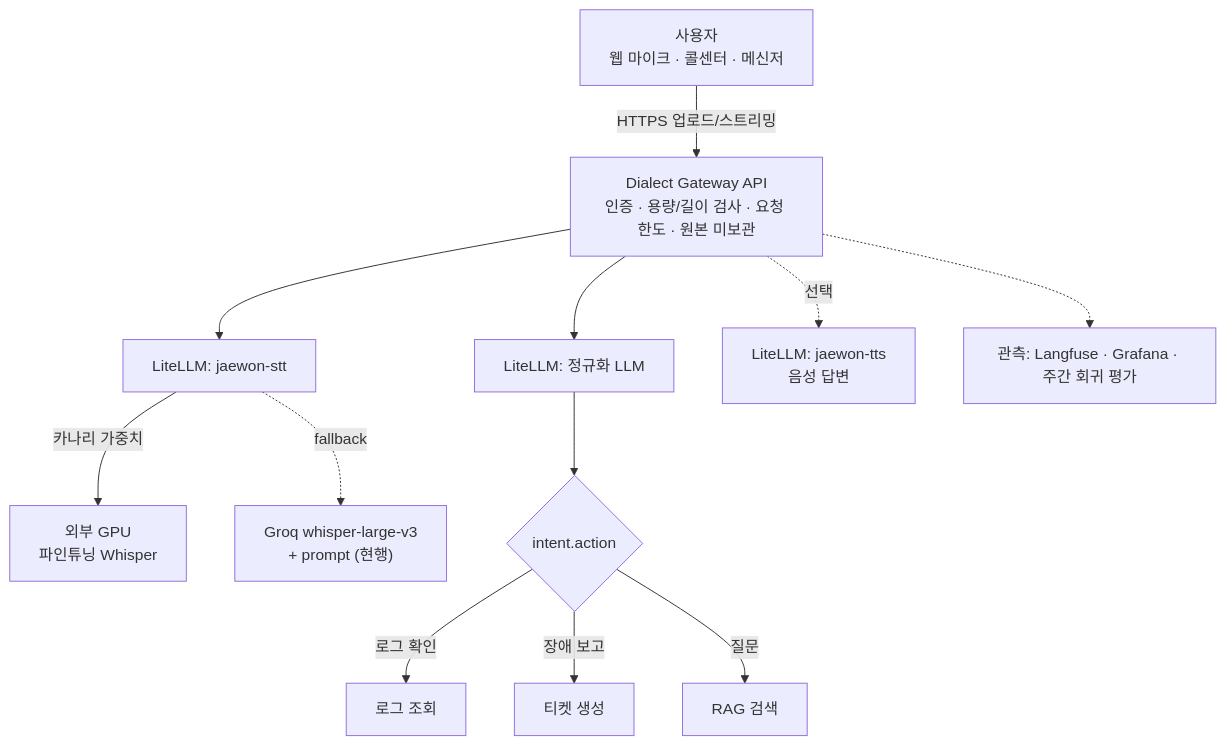
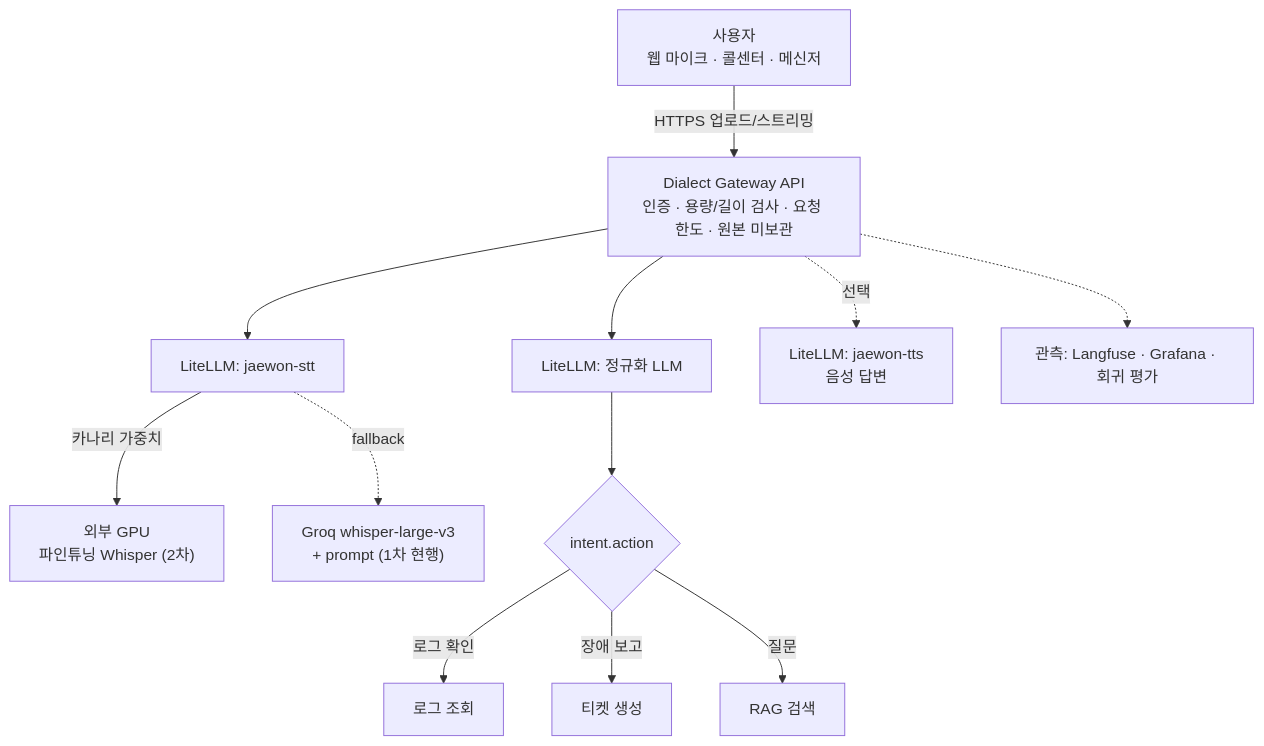
Before and after one commit to david365-lee/korean-dialect-stt: the third of 3 diagrams in README.md, drawn with Mermaid. The commit also changed other lines of this file and 1 other file, not shown here.

````diff
--- a/README.md
+++ b/README.md
@@ -506,14 +349,14 @@
 ```mermaid
 flowchart TB
     C["사용자<br/>웹 마이크 · 콜센터 · 메신저"] -->|HTTPS 업로드/스트리밍| G["Dialect Gateway API<br/>인증 · 용량/길이 검사 · 요청 한도 · 원본 미보관"]
     G --> L1["LiteLLM: jaewon-stt"]
-    L1 -->|카나리 가중치| F["외부 GPU<br/>파인튜닝 Whisper"]
-    L1 -.fallback.-> Q["Groq whisper-large-v3<br/>+ prompt (현행)"]
+    L1 -->|카나리 가중치| F["외부 GPU<br/>파인튜닝 Whisper (2차)"]
+    L1 -.fallback.-> Q["Groq whisper-large-v3<br/>+ prompt (1차 현행)"]
     G --> L2["LiteLLM: 정규화 LLM"]
     L2 --> R{"intent.action"}
     R -->|로그 확인| K["로그 조회"]
     R -->|장애 보고| T["티켓 생성"]
     R -->|질문| A["RAG 검색"]
     G -.선택.-> L3["LiteLLM: jaewon-tts<br/>음성 답변"]
-    G -.-> O["관측: Langfuse · Grafana · 주간 회귀 평가"]
+    G -.-> O["관측: Langfuse · Grafana · 회귀 평가"]
 ```
````
